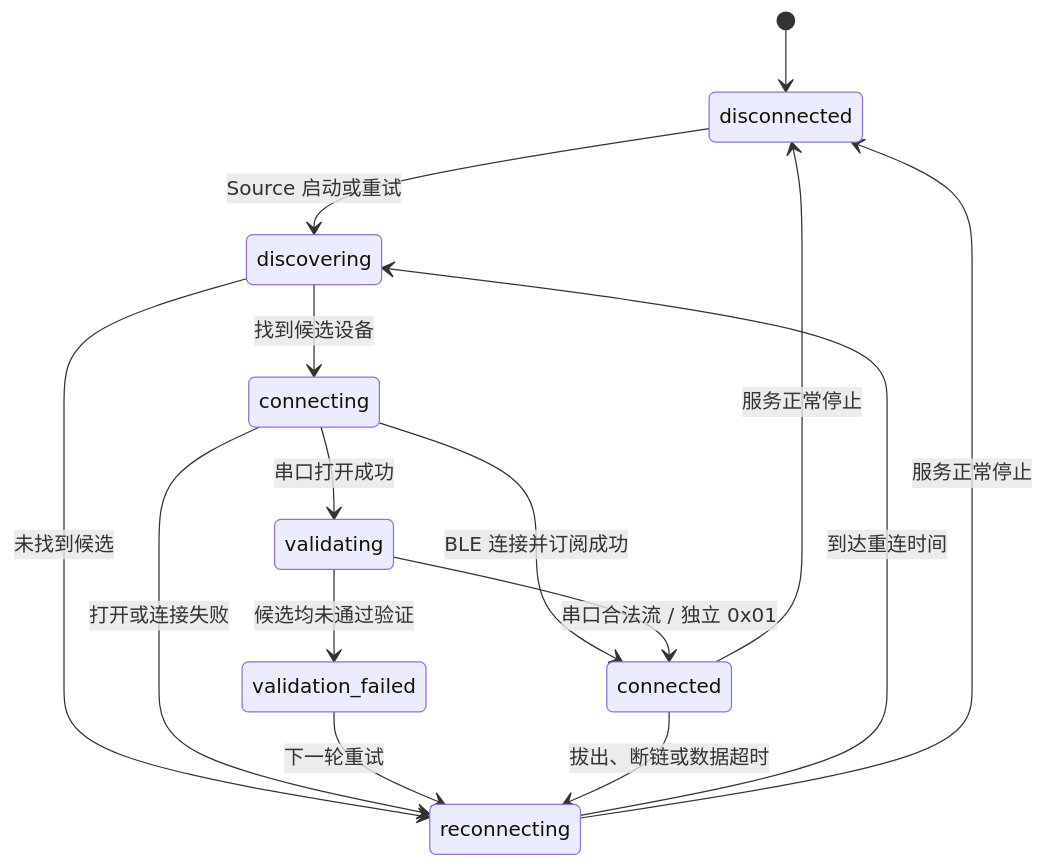
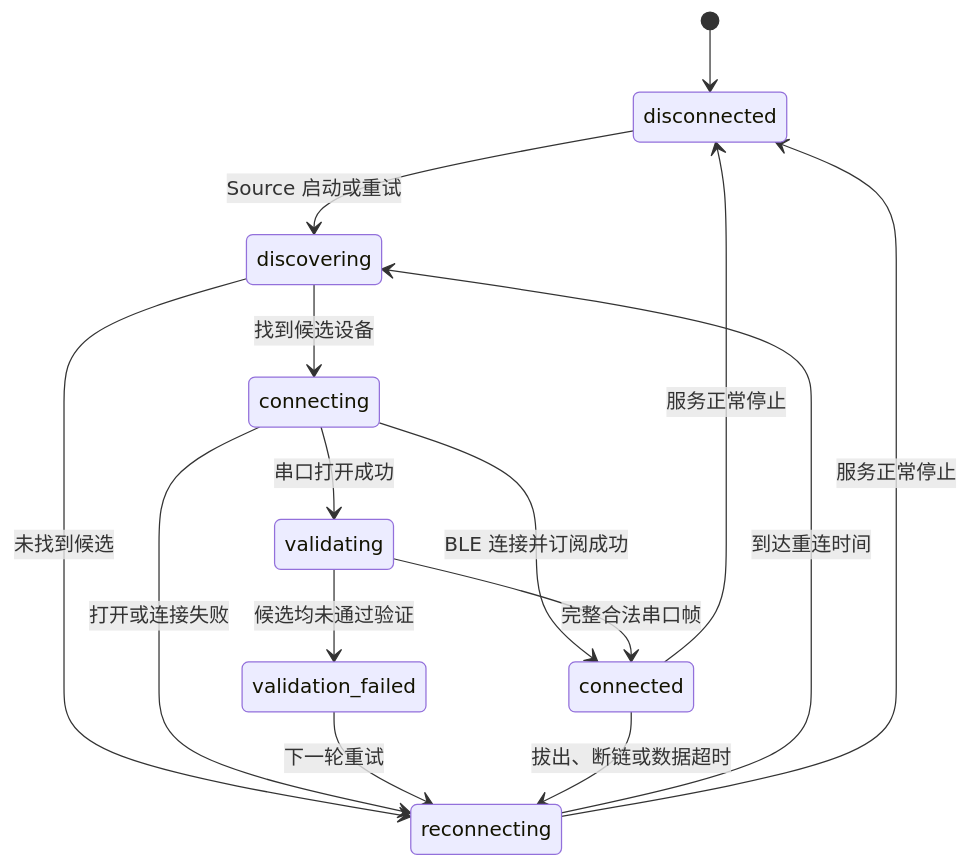
Before and after one commit to Entertech/NeuroBridge: the fourth of 8 diagrams in doc/tech/NeuroBridge项目结构与多系统接入/NeuroBridge项目结构与多系统接入_PRD.md, drawn with Mermaid. The commit also changed other lines of this file and 34 other files, not shown here.

````diff
--- a/doc/tech/NeuroBridge项目结构与多系统接入/NeuroBridge项目结构与多系统接入_PRD.md
+++ b/doc/tech/NeuroBridge项目结构与多系统接入/NeuroBridge项目结构与多系统接入_PRD.md
@@ -242,17 +242,17 @@
 ```mermaid
 stateDiagram-v2
     [*] --> disconnected
     disconnected --> discovering: Source 启动或重试
     discovering --> connecting: 找到候选设备
     discovering --> reconnecting: 未找到候选
     connecting --> connected: BLE 连接并订阅成功
     connecting --> validating: 串口打开成功
     connecting --> reconnecting: 打开或连接失败
-    validating --> connected: 串口合法流 / 独立 0x01
+    validating --> connected: 完整合法串口帧
     validating --> validation_failed: 候选均未通过验证
     validation_failed --> reconnecting: 下一轮重试
     connected --> reconnecting: 拔出、断链或数据超时
     reconnecting --> discovering: 到达重连时间
     connected --> disconnected: 服务正常停止
     reconnecting --> disconnected: 服务正常停止
 ```
````
